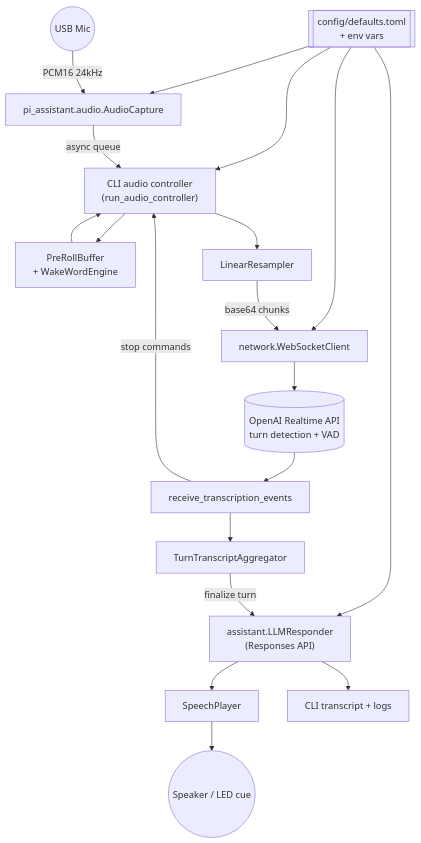
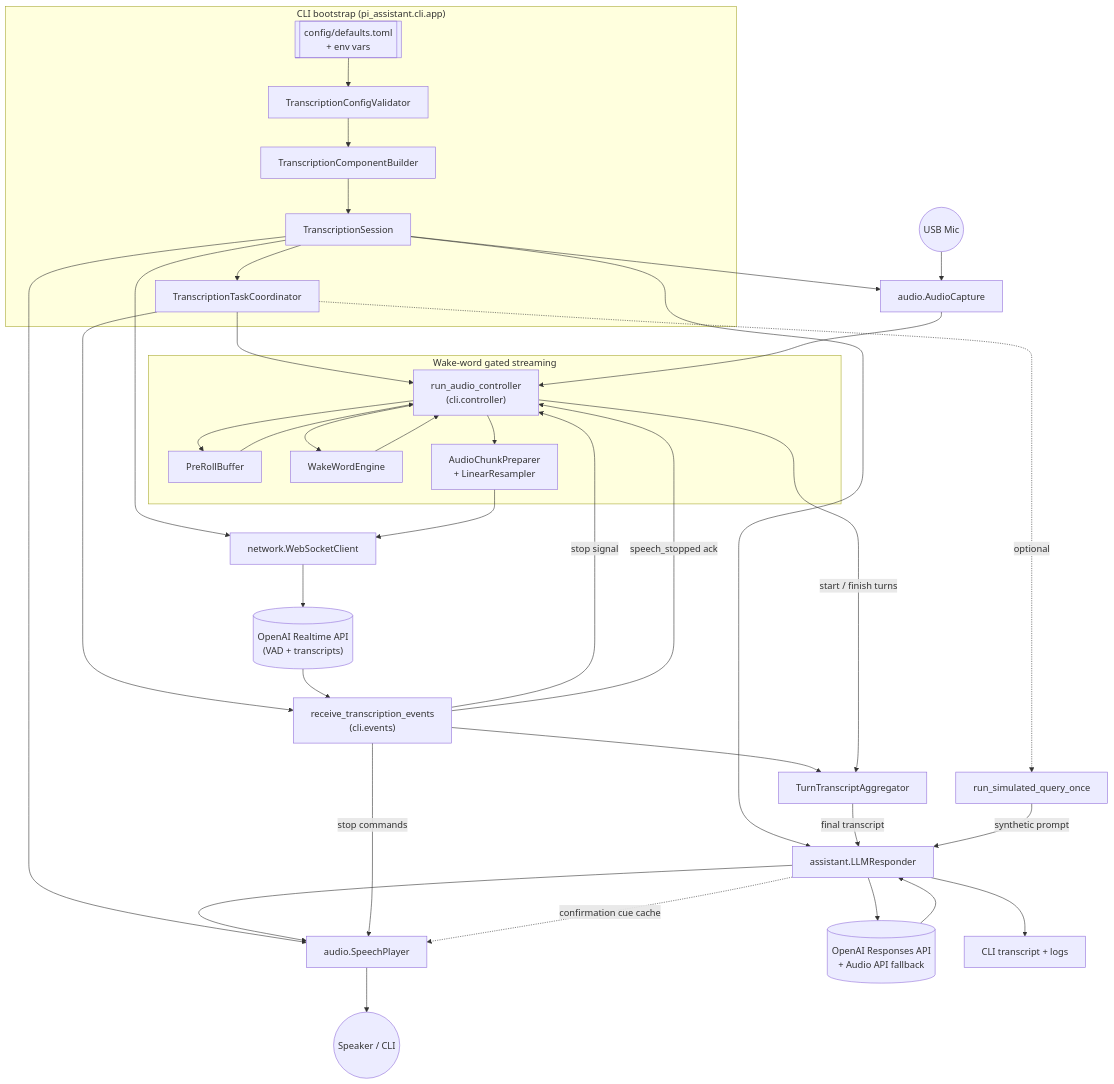
One commit to diegopetrucci/pi-assistant changed the diagram in docs/architecture.mermaid. Above: the diagram before and after it, drawn with Mermaid. The commit also changed 9 other files, not shown here.

Commit message:
Ignore repeats of wake word while listening and transcribing (#40)

```diff
--- a/docs/architecture.mermaid
+++ b/docs/architecture.mermaid
@@ -1,21 +1,48 @@
 flowchart TB
-    Config[["config/defaults.toml\n+ env vars"]] --> Capture
-    Config --> Controller
-    Config --> WSClient
-    Config --> Responder
+    subgraph Launch["CLI bootstrap (pi_assistant.cli.app)"]
+        Config[["config/defaults.toml\n+ env vars"]] --> Validator["TranscriptionConfigValidator"]
+        Validator --> Builder["TranscriptionComponentBuilder"]
+        Builder --> Session["TranscriptionSession"]
+        Session --> Coordinator["TranscriptionTaskCoordinator"]
+    end
 
-    Mic((USB Mic)) -->|PCM16 24kHz| Capture["pi_assistant.audio.AudioCapture"]
-    Capture -->|async queue| Controller["CLI audio controller\n(run_audio_controller)"]
-    Controller --> PreRoll["PreRollBuffer\n+ WakeWordEngine"]
-    PreRoll --> Controller
-    Controller --> Resampler["LinearResampler"]
-    Resampler -->|base64 chunks| WSClient["network.WebSocketClient"]
-    WSClient --> OpenAI[("OpenAI Realtime API\nturn detection + VAD")]
+    Session --> AudioCap["audio.AudioCapture"]
+    Session --> WSClient["network.WebSocketClient"]
+    Session --> Assistant["assistant.LLMResponder"]
+    Session --> Speech["audio.SpeechPlayer"]
 
-    OpenAI --> Events["receive_transcription_events"]
-    Events --> Buffer["TurnTranscriptAggregator"]
-    Events -->|stop commands| Controller
-    Buffer -->|finalize turn| Responder["assistant.LLMResponder\n(Responses API)"]
-    Responder --> Speech["SpeechPlayer"]
-    Speech --> User((Speaker / LED cue))
-    Responder --> Console["CLI transcript + logs"]
+    Coordinator --> AudioCtrl["run_audio_controller\n(cli.controller)"]
+    Coordinator --> EventRx["receive_transcription_events\n(cli.events)"]
+    Coordinator -. optional .-> SimQuery["run_simulated_query_once"]
+
+    Mic((USB Mic)) --> AudioCap
+    AudioCap --> AudioCtrl
+
+    subgraph Streaming["Wake-word gated streaming"]
+        AudioCtrl --> PreRoll["PreRollBuffer"]
+        PreRoll --> AudioCtrl
+        AudioCtrl --> WakeWord["WakeWordEngine"]
+        WakeWord --> AudioCtrl
+        AudioCtrl --> ChunkPrep["AudioChunkPreparer\n+ LinearResampler"]
+    end
+
+    ChunkPrep --> WSClient
+    WSClient --> Realtime[("OpenAI Realtime API\n(VAD + transcripts)")]
+
+    Realtime --> EventRx
+    EventRx --> Buffer["TurnTranscriptAggregator"]
+    AudioCtrl -->|"start / finish turns"| Buffer
+    Buffer -->|"final transcript"| Assistant
+    SimQuery -->|"synthetic prompt"| Assistant
+
+    Assistant --> ResponsesAPI[("OpenAI Responses API\n+ Audio API fallback")]
+    ResponsesAPI --> Assistant
+
+    Assistant --> Speech
+    Speech --> User((Speaker / CLI))
+    Assistant --> Console["CLI transcript + logs"]
+
+    EventRx -- "stop commands" --> Speech
+    EventRx -- "stop signal" --> AudioCtrl
+    EventRx -- "speech_stopped ack" --> AudioCtrl
+    Assistant -. "confirmation cue cache" .-> Speech
```
